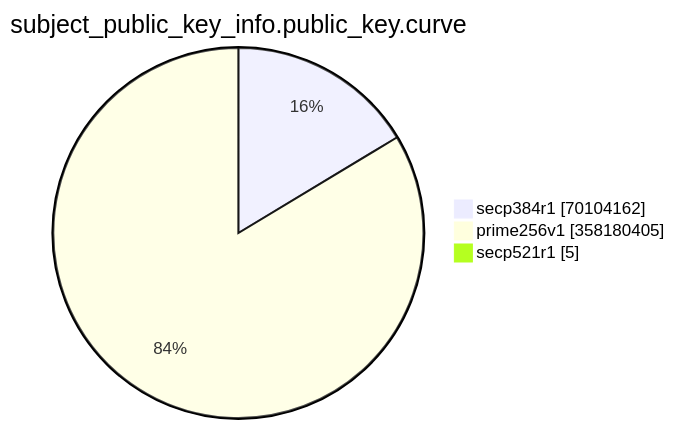
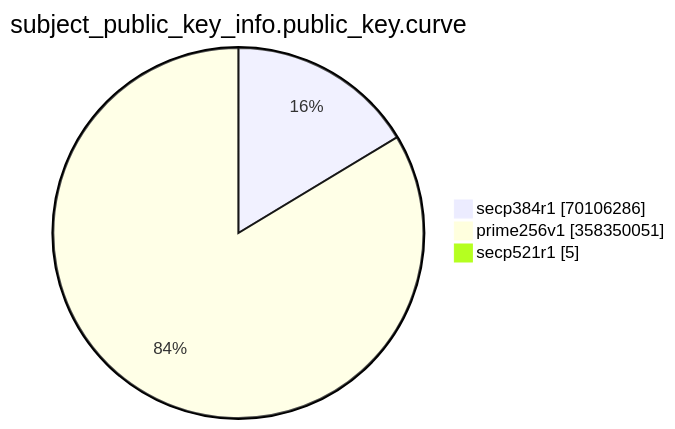
The eighth of 15 diagrams in TOTAL/README.md (christiankrug/ctmonitor_visualization), drawn with Mermaid before and after one commit. The commit also changed other lines of this file, not shown here.

````diff
--- a/TOTAL/README.md
+++ b/TOTAL/README.md
@@ -3079,7 +3082,7 @@
 ```mermaid
 pie showData
 title subject_public_key_info.public_key.curve
-"secp384r1" :70104162
-"prime256v1" :358180405
+"secp384r1" :70106286
+"prime256v1" :358350051
 "secp521r1" :5
 ```
````
